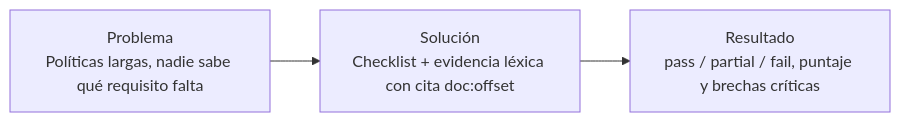
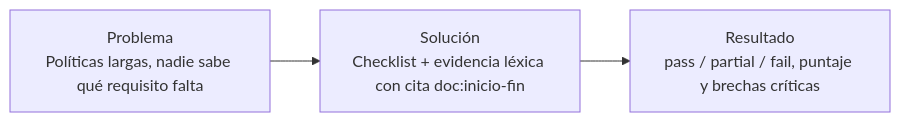
The diagram in README.md (Angelzaki/doc-compliance-local), drawn with Mermaid before and after one commit. The commit also changed other lines of this file and 11 other files, not shown here.

````diff
--- a/README.md
+++ b/README.md
@@ -15,5 +17,5 @@
 ```mermaid
 flowchart LR
-  P[Problema<br/>Políticas largas, nadie sabe qué requisito falta] --> S[Solución<br/>Checklist + evidencia léxica con cita doc:offset]
+  P[Problema<br/>Políticas largas, nadie sabe qué requisito falta] --> S[Solución<br/>Checklist + evidencia léxica con cita doc:inicio-fin]
   S --> R[Resultado<br/>pass / partial / fail, puntaje y brechas críticas]
 ```
````
